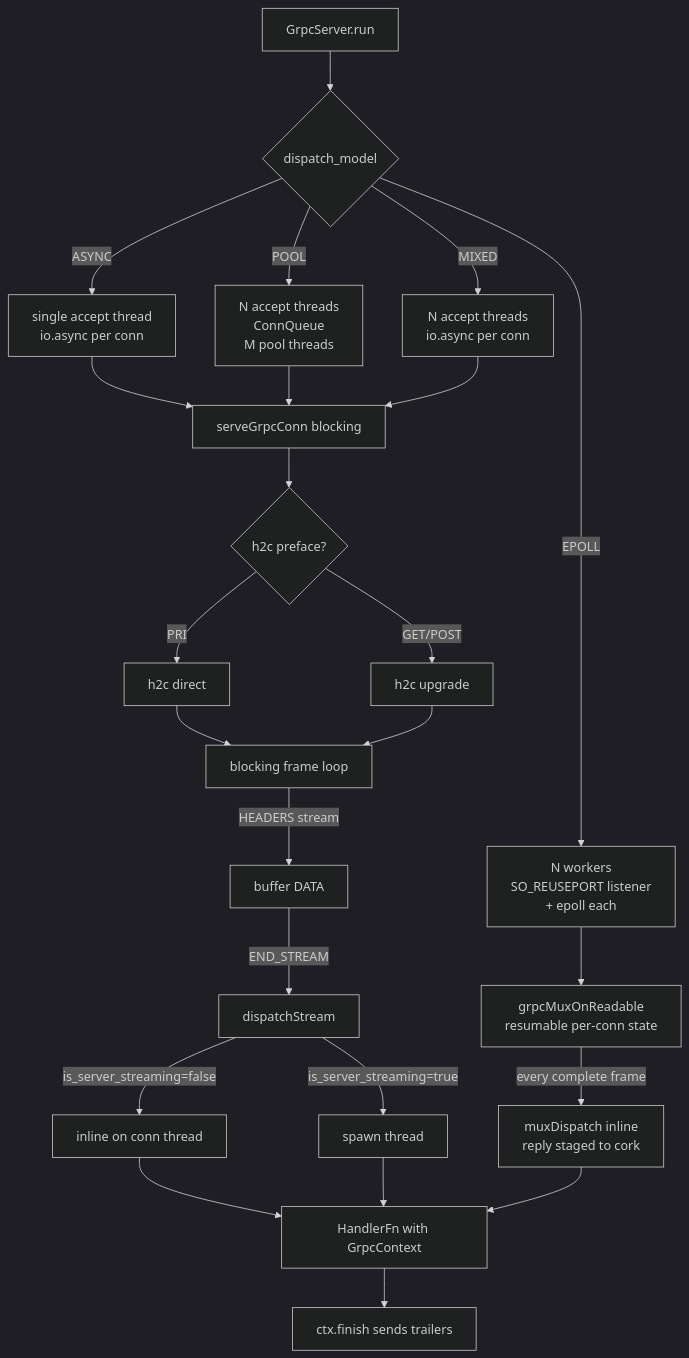
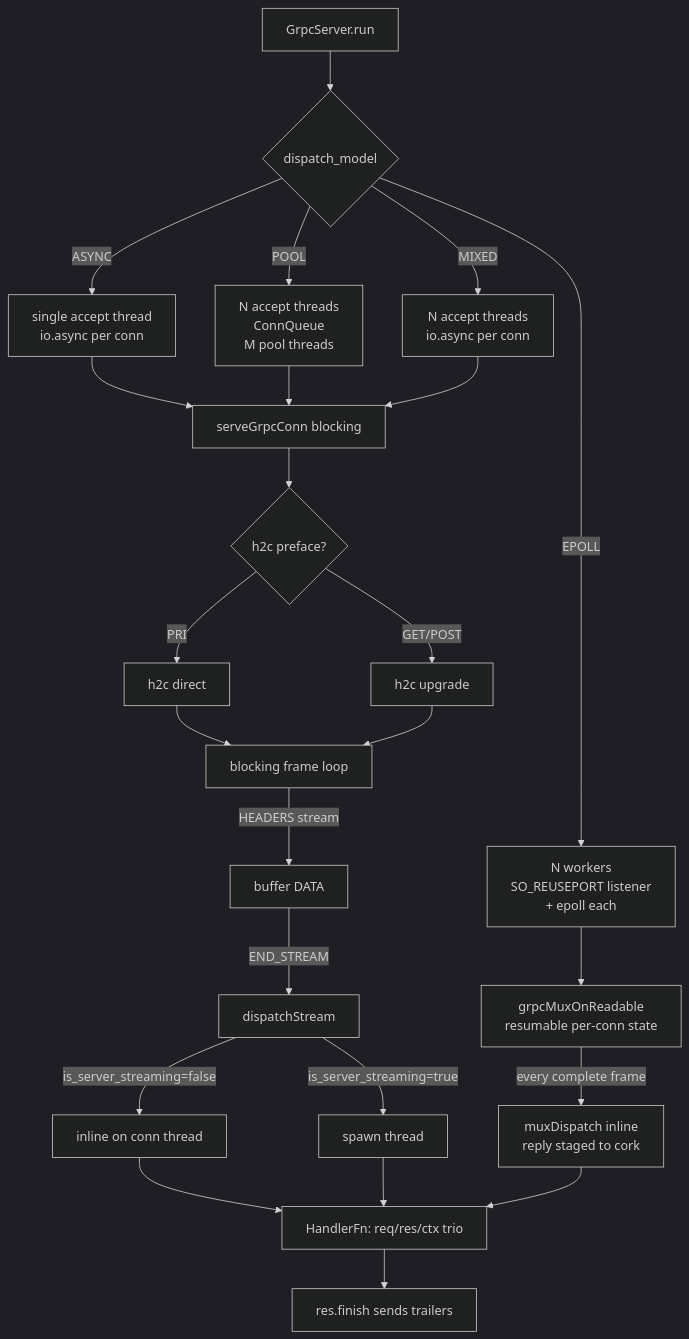
The third of 4 diagrams in docs/hld-grpc-en.md (prothegee/zix), drawn with Mermaid (dark theme) before and after one commit. The commit also changed other lines of this file and 3 other files, not shown here.

First line of the commit message:
update grpc docs for handler trio

````diff
--- a/docs/hld-grpc-en.md
+++ b/docs/hld-grpc-en.md
@@ -343,26 +344,26 @@
 ```mermaid
 flowchart TD
     A[GrpcServer.run] --> B{dispatch_model}
     B -->|ASYNC| C[single accept thread\nio.async per conn]
     B -->|POOL| D[N accept threads\nConnQueue\nM pool threads]
     B -->|MIXED| E[N accept threads\nio.async per conn]
     B -->|EPOLL| EP[N workers\nSO_REUSEPORT listener\n+ epoll each]
     C --> F[serveGrpcConn blocking]
     D --> F
     E --> F
     EP --> MX[grpcMuxOnReadable\nresumable per-conn state]
     F --> G{h2c preface?}
     G -->|PRI| H[h2c direct]
     G -->|GET/POST| I[h2c upgrade]
     H --> J[blocking frame loop]
     I --> J
     J -->|HEADERS stream| K[buffer DATA]
     K -->|END_STREAM| L[dispatchStream]
     L -->|is_server_streaming=false| LI[inline on conn thread]
     L -->|is_server_streaming=true| LS[spawn thread]
-    LI --> M[HandlerFn with GrpcContext]
+    LI --> M[HandlerFn: req/res/ctx trio]
     LS --> M
     MX -->|every complete frame| MI[muxDispatch inline\nreply staged to cork]
     MI --> M
-    M --> N[ctx.finish sends trailers]
+    M --> N[res.finish sends trailers]
 ```
````
